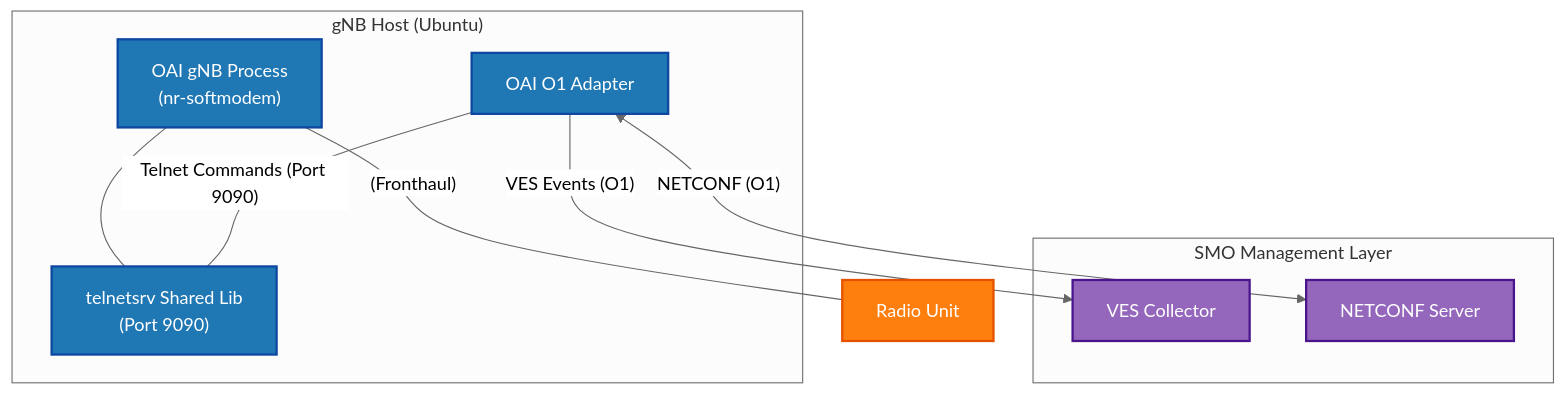
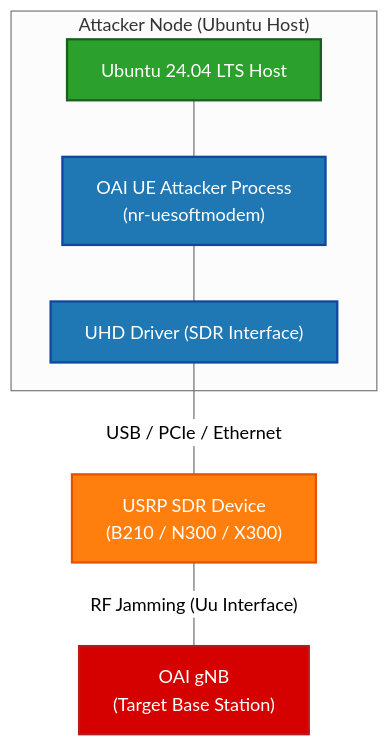
Before and after one commit to jtfinn35/Research-Note: the diagram in notes/OAI 5G/MSG1 Jamming Attacker.md, drawn with Mermaid (neutral theme). The commit also changed other lines of this file, not shown here.

Commit message:
Update MSG1 Jamming Attacker.md

````diff
--- a/notes/OAI 5G/MSG1 Jamming Attacker.md
+++ b/notes/OAI 5G/MSG1 Jamming Attacker.md
@@ -39,28 +37,23 @@
 ```mermaid
 graph TD
     %% Define Styles
     classDef host fill:#2ca02c,stroke:#1b5e20,stroke-width:2px,color:#fff;
     classDef proc fill:#1f77b4,stroke:#0d47a1,stroke-width:2px,color:#fff;
     classDef sdr fill:#ff7f0e,stroke:#e65100,stroke-width:2px,color:#fff;
-    classDef smo fill:#9467bd,stroke:#4a148c,stroke-width:2px,color:#fff;
+    classDef target fill:#d50000,stroke:#b71c1c,stroke-width:2px,color:#fff;
 
-    subgraph gNB_Host ["gNB Host (Ubuntu)"]
-        gNB_Process["OAI gNB Process<br/>(nr-softmodem)"]:::proc
-        TelnetSrv["telnetsrv Shared Lib<br/>(Port 9090)"]:::proc
-        O1_Adpt["OAI O1 Adapter"]:::proc
-        gNB_Process --- TelnetSrv
+    subgraph Attacker_Node ["Attacker Node (Ubuntu Host)"]
+        Host["Ubuntu 24.04 LTS Host"]:::host
+        Process["OAI UE Attacker Process<br/>(nr-uesoftmodem)"]:::proc
+        UHD["UHD Driver (SDR Interface)"]:::proc
+        
+        Host --- Process
+        Process --- UHD
     end
 
-    subgraph SMO_Layer ["SMO Management Layer"]
-        VES["VES Collector"]:::smo
-        NETCONF["NETCONF Server"]:::smo
-    end
+    USRP["USRP SDR Device<br/>(B210 / N300 / X300)"]:::sdr
+    gNB["OAI gNB<br/>(Target Base Station)"]:::target
 
-    RU["Radio Unit"]:::sdr
-
-    %% Connections
-    gNB_Process --- |"(Fronthaul)"| RU
-    O1_Adpt --- |"Telnet Commands (Port 9090)"| TelnetSrv
-    O1_Adpt -->|"VES Events (O1)"| VES
-    O1_Adpt <-->|"NETCONF (O1)"| NETCONF
+    UHD --- |"USB / PCIe / Ethernet"| USRP
+    USRP --- |"RF Jamming (Uu Interface)"| gNB
 ```
````
